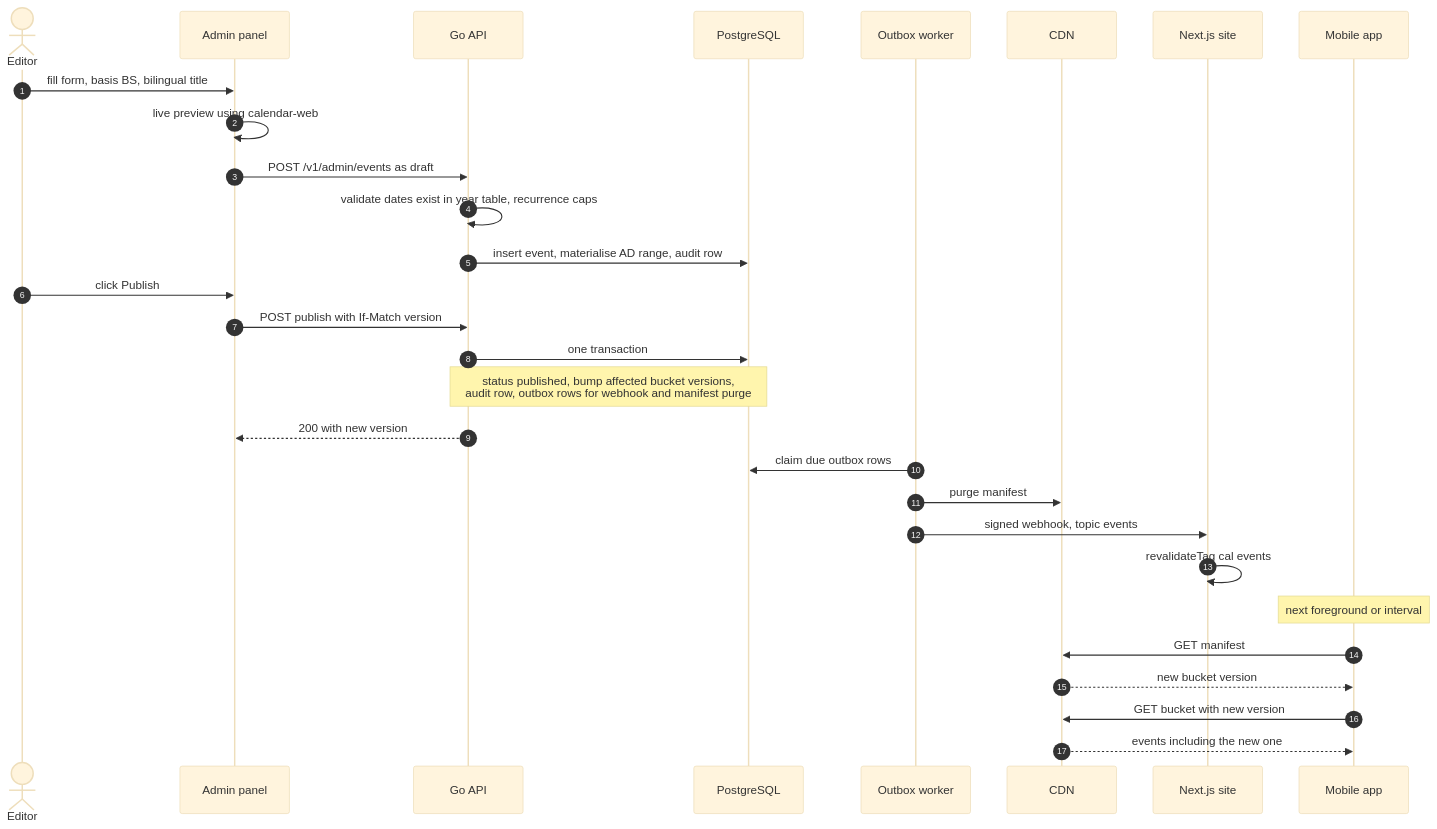
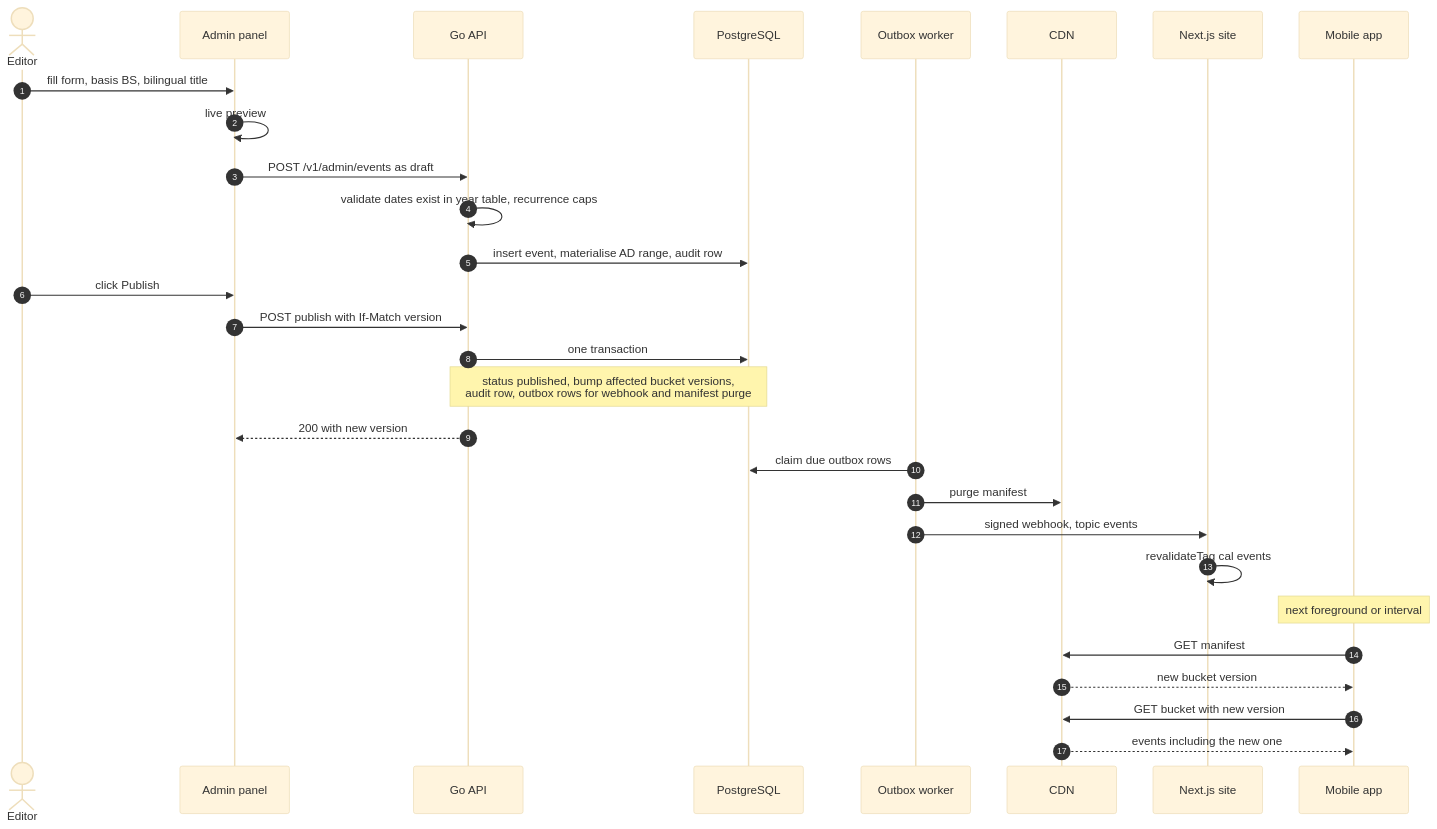
Diagram 13 of 28 in docs/flow.md (Sarojdhakal307/bs-calendar), drawn with Mermaid (base theme) before and after one commit. The commit also changed other lines of this file and 30 other files, not shown here.

````diff
--- a/docs/flow.md
+++ b/docs/flow.md
@@ -287,32 +287,32 @@
 ```mermaid
 sequenceDiagram
   autonumber
   actor Ed as Editor
   participant ADM as Admin panel
   participant API as Go API
   participant DB as PostgreSQL
   participant W as Outbox worker
   participant CDN
   participant WEB as Next.js site
   participant APP as Mobile app
 
   Ed->>ADM: fill form, basis BS, bilingual title
-  ADM->>ADM: live preview using calendar-web
+  ADM->>ADM: live preview
   ADM->>API: POST /v1/admin/events as draft
   API->>API: validate dates exist in year table, recurrence caps
   API->>DB: insert event, materialise AD range, audit row
   Ed->>ADM: click Publish
   ADM->>API: POST publish with If-Match version
   API->>DB: one transaction
   Note over API,DB: status published, bump affected bucket versions,<br/>audit row, outbox rows for webhook and manifest purge
   API-->>ADM: 200 with new version
   W->>DB: claim due outbox rows
   W->>CDN: purge manifest
   W->>WEB: signed webhook, topic events
   WEB->>WEB: revalidateTag cal events
   Note over APP: next foreground or interval
   APP->>CDN: GET manifest
   CDN-->>APP: new bucket version
   APP->>CDN: GET bucket with new version
   CDN-->>APP: events including the new one
 ```
````
